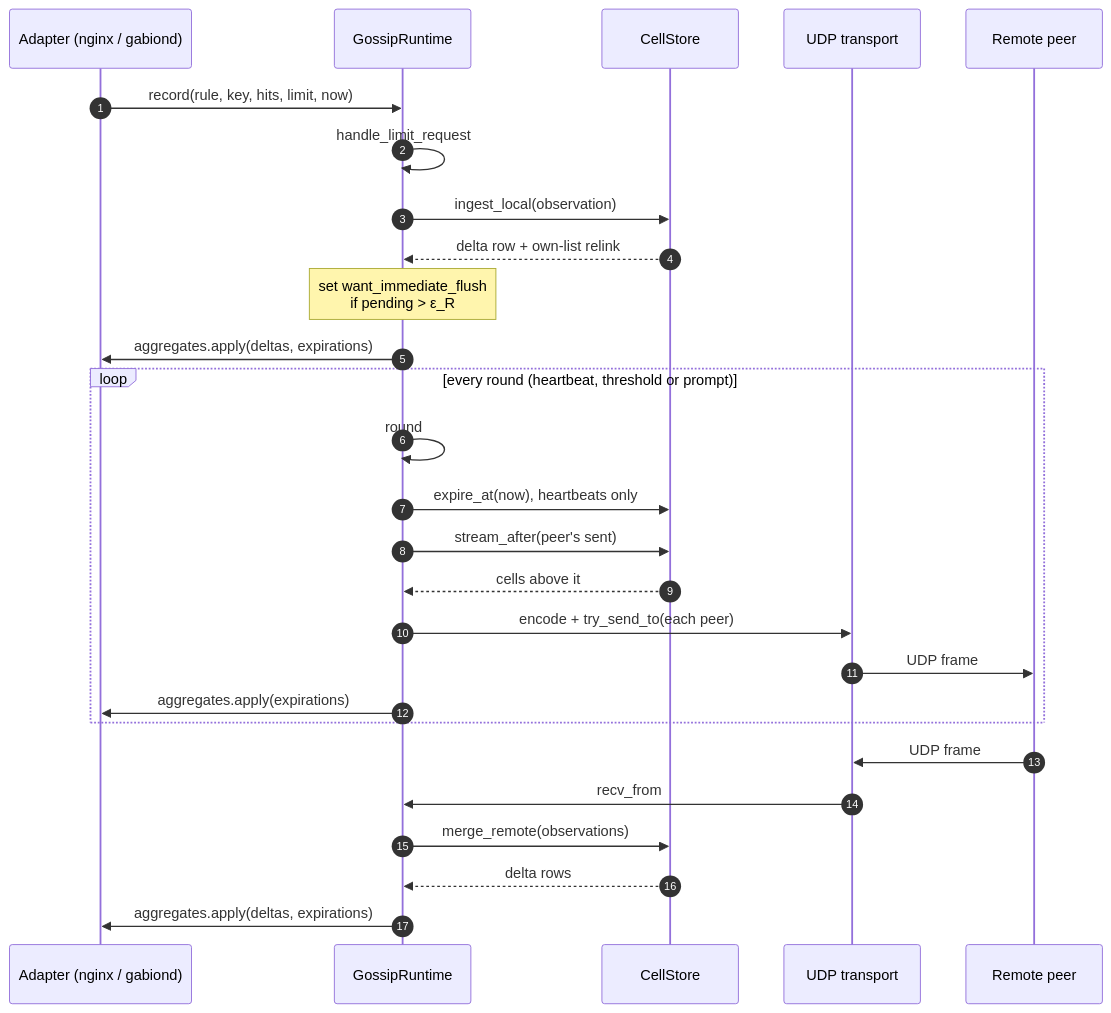
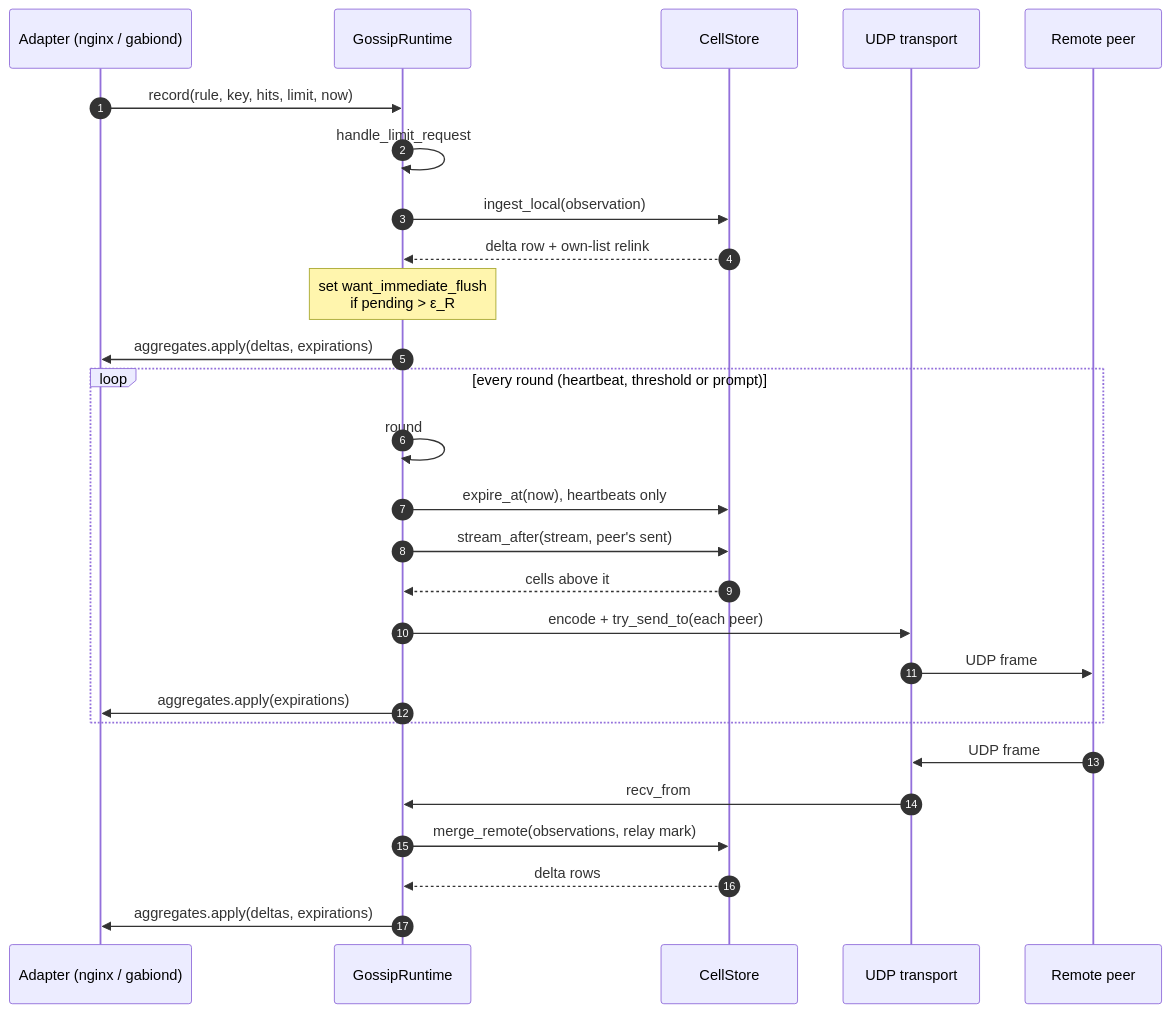
One commit to prosody-events/gabion changed the first of 2 diagrams in crates/gabion/README.md. Above: the diagram before and after it, drawn with Mermaid. The commit also changed other lines of this file and 37 other files, not shown here.

````diff
--- a/crates/gabion/README.md
+++ b/crates/gabion/README.md
@@ -192,32 +199,32 @@
 ```mermaid
 sequenceDiagram
     autonumber
     participant Adapter as Adapter (nginx / gabiond)
     participant Runtime as GossipRuntime
     participant Store as CellStore
     participant Tx as UDP transport
     participant Peer as Remote peer
 
     Adapter->>Runtime: record(rule, key, hits, limit, now)
     Runtime->>Runtime: handle_limit_request
     Runtime->>Store: ingest_local(observation)
     Store-->>Runtime: delta row + own-list relink
     Note over Runtime: set want_immediate_flush<br/>if pending > ε_R
     Runtime->>Adapter: aggregates.apply(deltas, expirations)
 
     loop every round (heartbeat, threshold or prompt)
         Runtime->>Runtime: round
         Runtime->>Store: expire_at(now), heartbeats only
-        Runtime->>Store: stream_after(peer's sent)
+        Runtime->>Store: stream_after(stream, peer's sent)
         Store-->>Runtime: cells above it
         Runtime->>Tx: encode + try_send_to(each peer)
         Tx->>Peer: UDP frame
         Runtime->>Adapter: aggregates.apply(expirations)
     end
 
     Peer->>Tx: UDP frame
     Tx->>Runtime: recv_from
-    Runtime->>Store: merge_remote(observations)
+    Runtime->>Store: merge_remote(observations, relay mark)
     Store-->>Runtime: delta rows
     Runtime->>Adapter: aggregates.apply(deltas, expirations)
 ```
````
